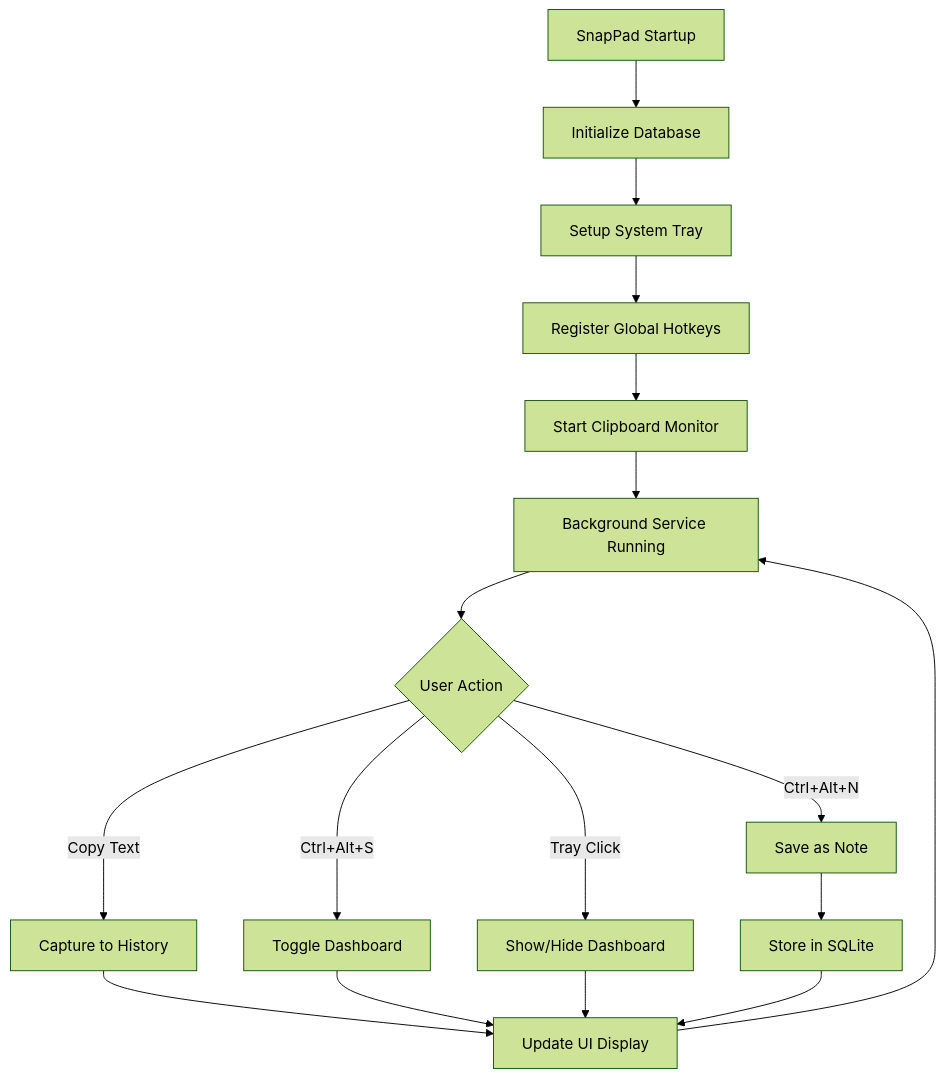
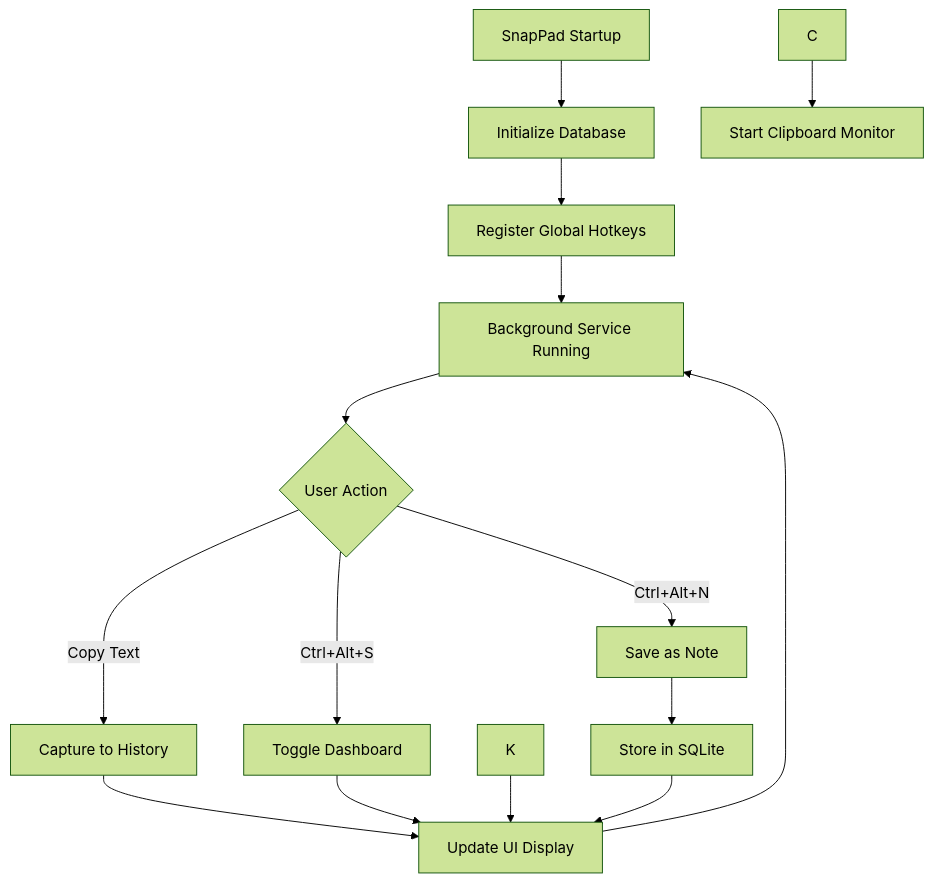
Before and after one commit to shakedshoshan/SnapPad: the diagram in README.md, drawn with Mermaid (forest theme). The commit also changed other lines of this file, not shown here.

````diff
--- a/README.md
+++ b/README.md
@@ -36,22 +36,20 @@
 ```mermaid
 graph TD
     A[SnapPad Startup] --> B[Initialize Database]
-    B --> C[Setup System Tray]
-    C --> D[Register Global Hotkeys]
-    D --> E[Start Clipboard Monitor]
-    E --> F[Background Service Running]
+    B--> D[Register Global Hotkeys]
+    C--> E[Start Clipboard Monitor]
+    D--> F[Background Service Running]
     
     F --> G{User Action}
     G -->|Copy Text| H[Capture to History]
     G -->|Ctrl+Alt+S| I[Toggle Dashboard]
     G -->|Ctrl+Alt+N| J[Save as Note]
-    G -->|Tray Click| K[Show/Hide Dashboard]
     
     H --> L[Update UI Display]
     I --> L
     J --> M[Store in SQLite]
     K --> L
     
     M --> L
     L --> F
 ```
````
